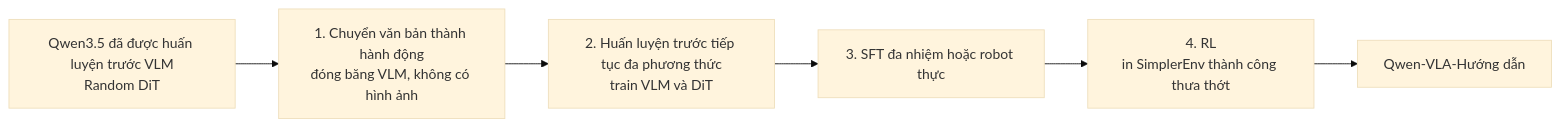
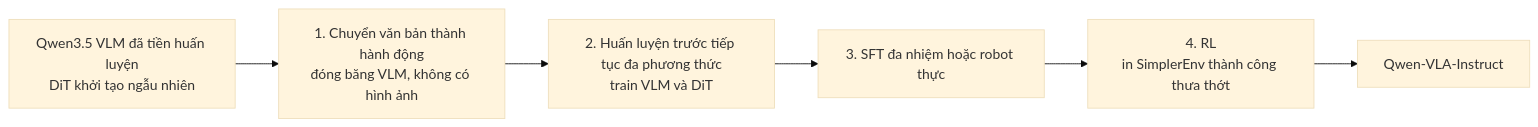
Before and after one commit to cycler04/VinRobotics-VLA: the second of 2 diagrams in docs/research_finding/01-gwen/qwen_models/Qwen-VLA/qwen_vla.md, drawn with Mermaid (base theme). The commit also changed other lines of this file and 79 other files, not shown here.

````diff
--- a/docs/research_finding/01-gwen/qwen_models/Qwen-VLA/qwen_vla.md
+++ b/docs/research_finding/01-gwen/qwen_models/Qwen-VLA/qwen_vla.md
@@ -87,8 +87,8 @@
 ```mermaid
 flowchart LR
-    Q[Qwen3.5 đã được huấn luyện trước VLM<br/>Random DiT] --> T[1. Chuyển văn bản thành hành động<br/>đóng băng VLM, không có hình ảnh]
+    Q[Qwen3.5 VLM đã tiền huấn luyện<br/>DiT khởi tạo ngẫu nhiên] --> T[1. Chuyển văn bản thành hành động<br/>đóng băng VLM, không có hình ảnh]
     T --> C[2. Huấn luyện trước tiếp tục đa phương thức<br/>train VLM và DiT]
     C --> S[3. SFT đa nhiệm hoặc robot thực]
     S --> R[4. RL<br/>in SimplerEnv thành công thưa thớt]
-    R --> O[Qwen-VLA-Hướng dẫn]
+    R --> O[Qwen-VLA-Instruct]
 ```
````
